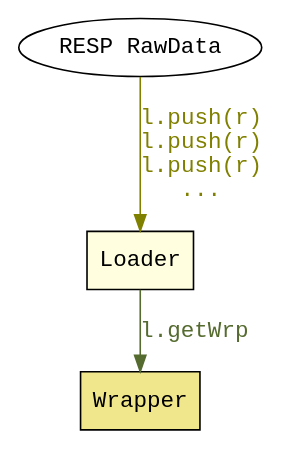
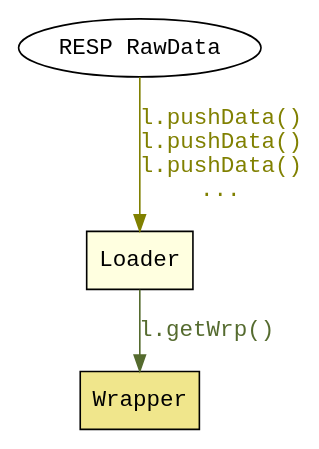
One commit to marcgurevitx/resp-ms changed the diagram in data/ldapi.dot. Above: the diagram before and after it, drawn with Graphviz. The commit also changed 9 other files, not shown here.

Commit message:
ver 0.2.0: Move parsing in Loader.pushData

```diff
--- a/data/ldapi.dot
+++ b/data/ldapi.dot
@@ -1,13 +1,13 @@
 
 digraph {
 	node [fontname="Monospace"]
 	edge [fontname="Monospace"]
 	
 	RR [label="RESP RawData"]
 	L [label="Loader", shape="box", style="filled", fillcolor="lightyellow"]
 	W [label="Wrapper", shape="box", style="filled", fillcolor="khaki"]
 	
-	RR -> L [label="l.push(r)\ll.push(r)\ll.push(r)\l...", color="olive", fontcolor="olive"]
-	L -> W [label="l.getWrp", color="darkolivegreen", fontcolor="darkolivegreen"]
+	RR -> L [label="l.pushData()\ll.pushData()\ll.pushData()\l...", color="olive", fontcolor="olive"]
+	L -> W [label="l.getWrp()", color="darkolivegreen", fontcolor="darkolivegreen"]
 	
 }
```
